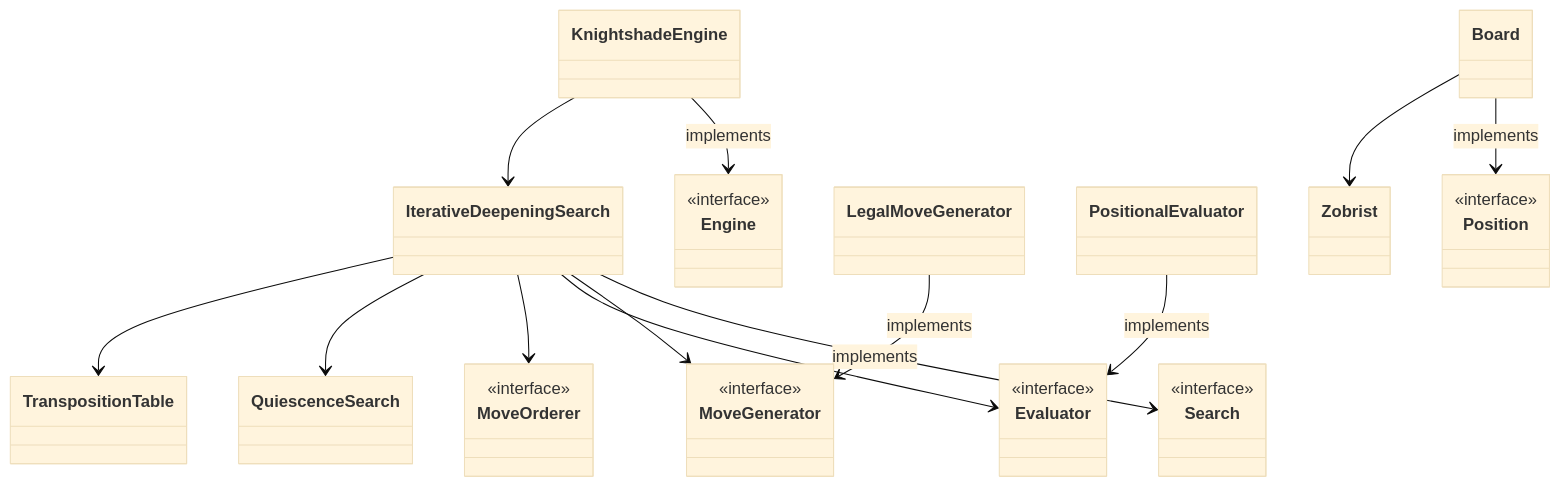
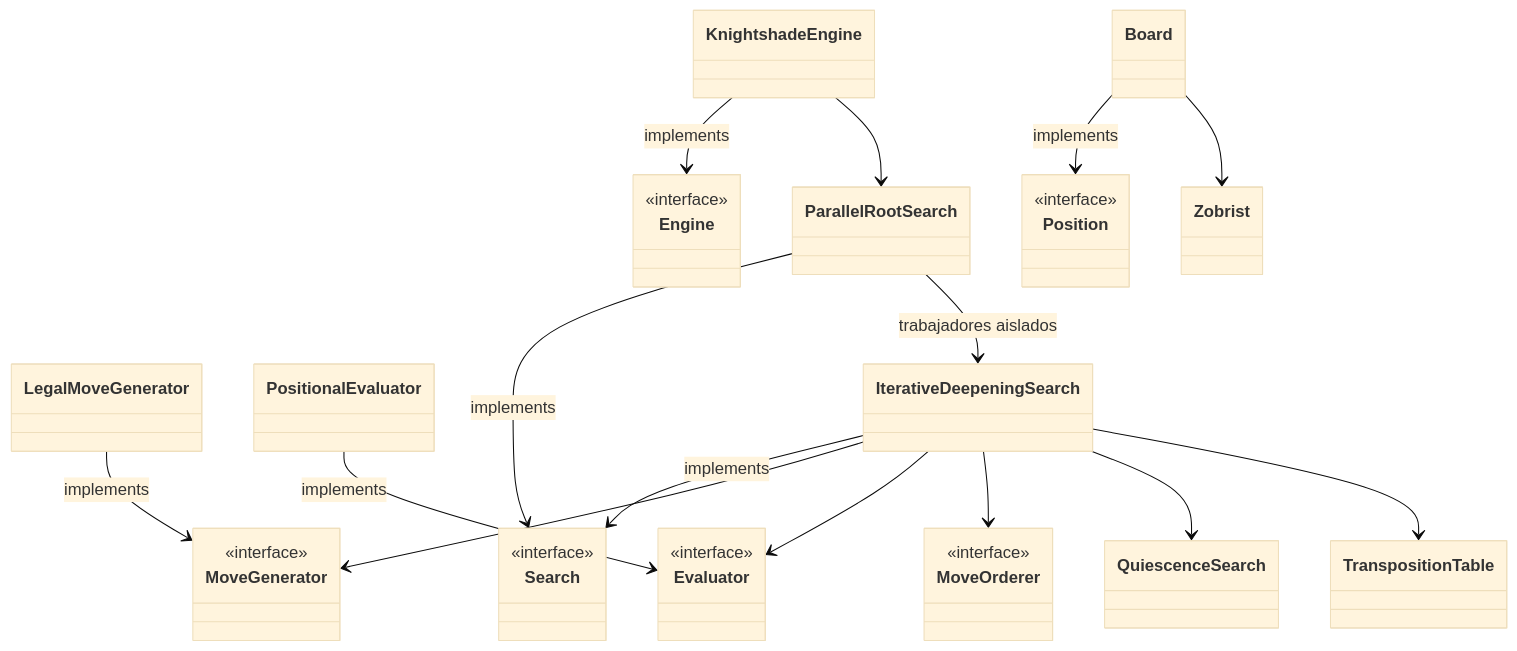
The first of 6 diagrams in docs/knightshade-engine.md (escontrela/lastmove), drawn with Mermaid (base theme) before and after one commit. The commit also changed other lines of this file and 26 other files, not shown here.

```diff
--- a/docs/knightshade-engine.md
+++ b/docs/knightshade-engine.md
@@ -44,30 +44,33 @@
 ~~~mermaid
 classDiagram
     direction TB
     class Engine { <<interface>> }
     class Search { <<interface>> }
     class Position { <<interface>> }
     class Evaluator { <<interface>> }
     class MoveGenerator { <<interface>> }
     class MoveOrderer { <<interface>> }
     class KnightshadeEngine
     class Board
     class LegalMoveGenerator
     class PositionalEvaluator
+    class ParallelRootSearch
     class IterativeDeepeningSearch
     class QuiescenceSearch
     class TranspositionTable
     class Zobrist
     KnightshadeEngine --> Engine : implements
-    KnightshadeEngine --> IterativeDeepeningSearch
+    KnightshadeEngine --> ParallelRootSearch
+    ParallelRootSearch --> Search : implements
+    ParallelRootSearch --> IterativeDeepeningSearch : trabajadores aislados
     IterativeDeepeningSearch --> Search : implements
     IterativeDeepeningSearch --> MoveGenerator
     IterativeDeepeningSearch --> Evaluator
     IterativeDeepeningSearch --> MoveOrderer
     IterativeDeepeningSearch --> QuiescenceSearch
     IterativeDeepeningSearch --> TranspositionTable
     Board --> Position : implements
     Board --> Zobrist
     LegalMoveGenerator --> MoveGenerator : implements
     PositionalEvaluator --> Evaluator : implements
 ~~~
```
